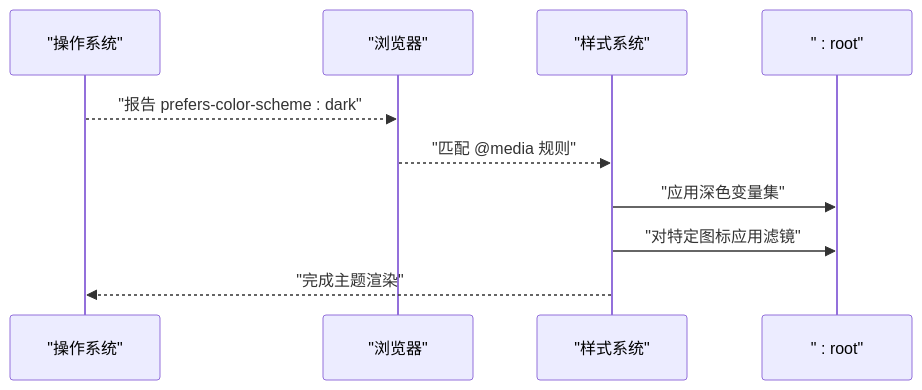
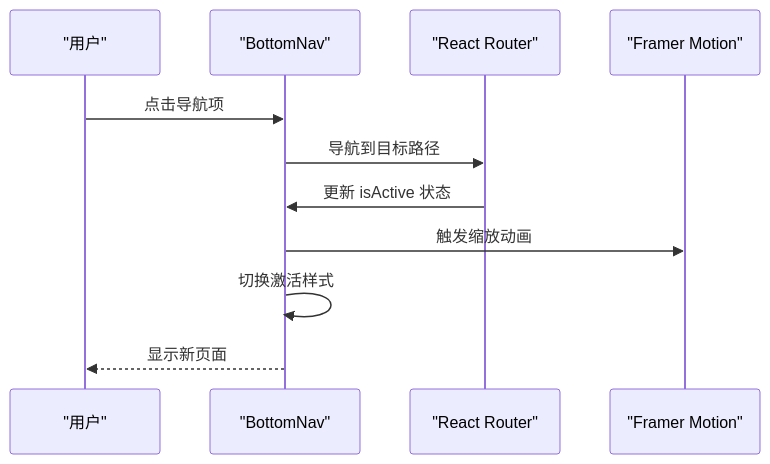
One commit to wudeng2005/rainbow-learning changed the fourth of 8 diagrams in .qoder/repowiki/zh/content/样式系统.md. Above: the diagram before and after it, drawn with Mermaid. The commit also changed other lines of this file and 55 other files, not shown here.

````diff
--- a/.qoder/repowiki/zh/content/样式系统.md
+++ b/.qoder/repowiki/zh/content/样式系统.md
@@ -151,12 +206,13 @@
 ```mermaid
 sequenceDiagram
-participant OS as "操作系统"
-participant Browser as "浏览器"
-participant CSS as "样式系统"
-participant DOM as " : root"
-OS-->>Browser : "报告 prefers-color-scheme : dark"
-Browser-->>CSS : "匹配 @media 规则"
-CSS->>DOM : "应用深色变量集"
-CSS->>DOM : "对特定图标应用滤镜"
-CSS-->>OS : "完成主题渲染"
+participant User as "用户"
+participant Nav as "BottomNav"
+participant Router as "React Router"
+participant Motion as "Framer Motion"
+User->>Nav : 点击导航项
+Nav->>Router : 导航到目标路径
+Router->>Nav : 更新 isActive 状态
+Nav->>Motion : 触发缩放动画
+Nav->>Nav : 切换激活样式
+Nav-->>User : 显示新页面
 ```
````
